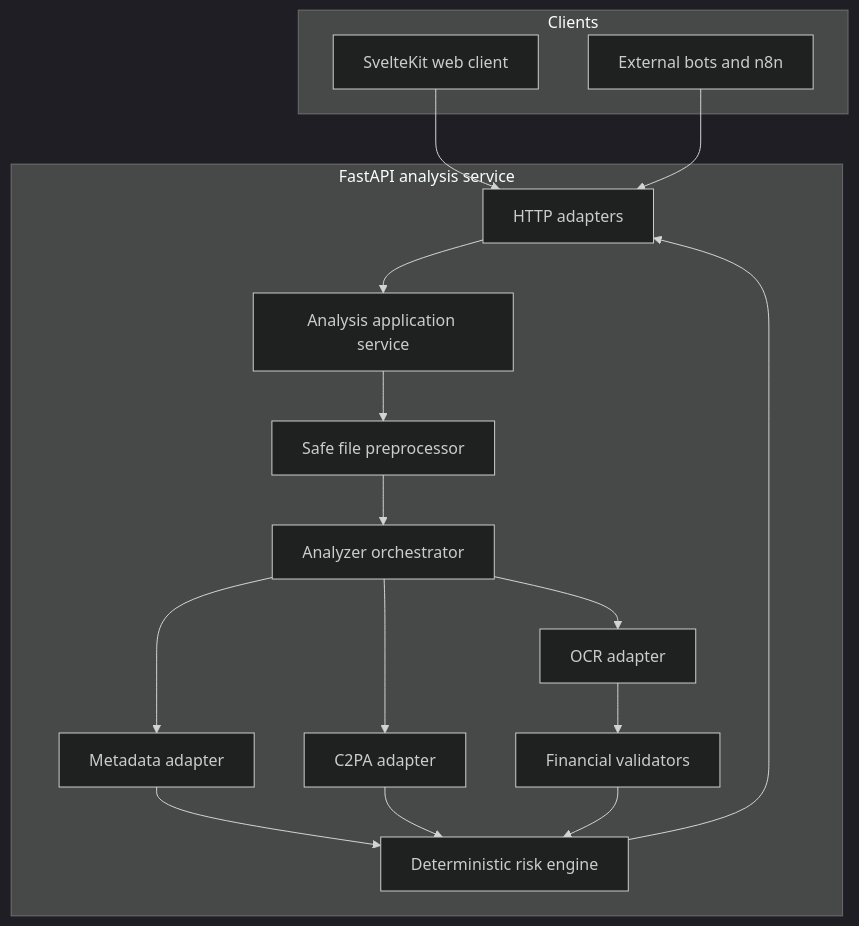
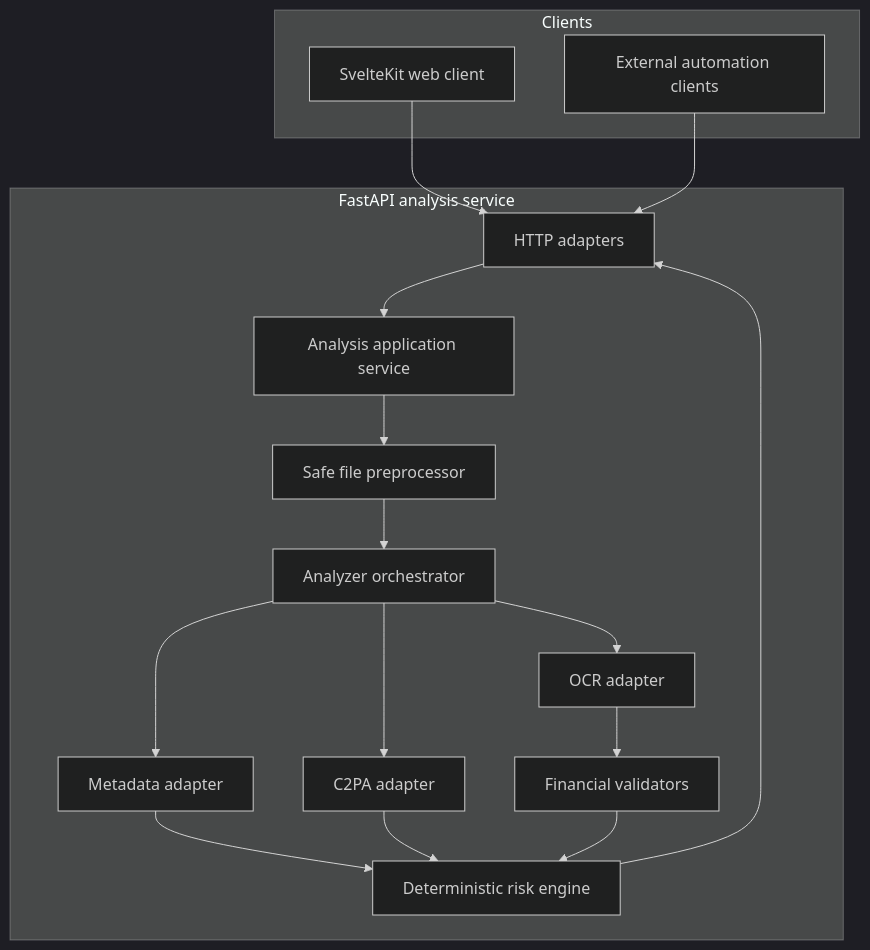
Before and after one commit to montesgp/receipt-risk-detector: the second of 4 diagrams in docs/ARCHITECTURE.md, drawn with Mermaid (dark theme). The commit also changed other lines of this file and 10 other files, not shown here.

````diff
--- a/docs/ARCHITECTURE.md
+++ b/docs/ARCHITECTURE.md
@@ -45,33 +45,33 @@
 ```mermaid
 flowchart TB
     subgraph Clients
         W["SvelteKit web client"]
-        B["External bots and n8n"]
+        B["External automation clients"]
     end
 
     subgraph AnalysisService["FastAPI analysis service"]
         HTTP["HTTP adapters"]
         APP["Analysis application service"]
         PRE["Safe file preprocessor"]
         ORCH["Analyzer orchestrator"]
         META["Metadata adapter"]
         PROV["C2PA adapter"]
         OCR["OCR adapter"]
         FIN["Financial validators"]
         RISK["Deterministic risk engine"]
     end
 
     W --> HTTP
     B --> HTTP
     HTTP --> APP
     APP --> PRE
     PRE --> ORCH
     ORCH --> META
     ORCH --> PROV
     ORCH --> OCR
     OCR --> FIN
     META --> RISK
     PROV --> RISK
     FIN --> RISK
     RISK --> HTTP
 ```
````
